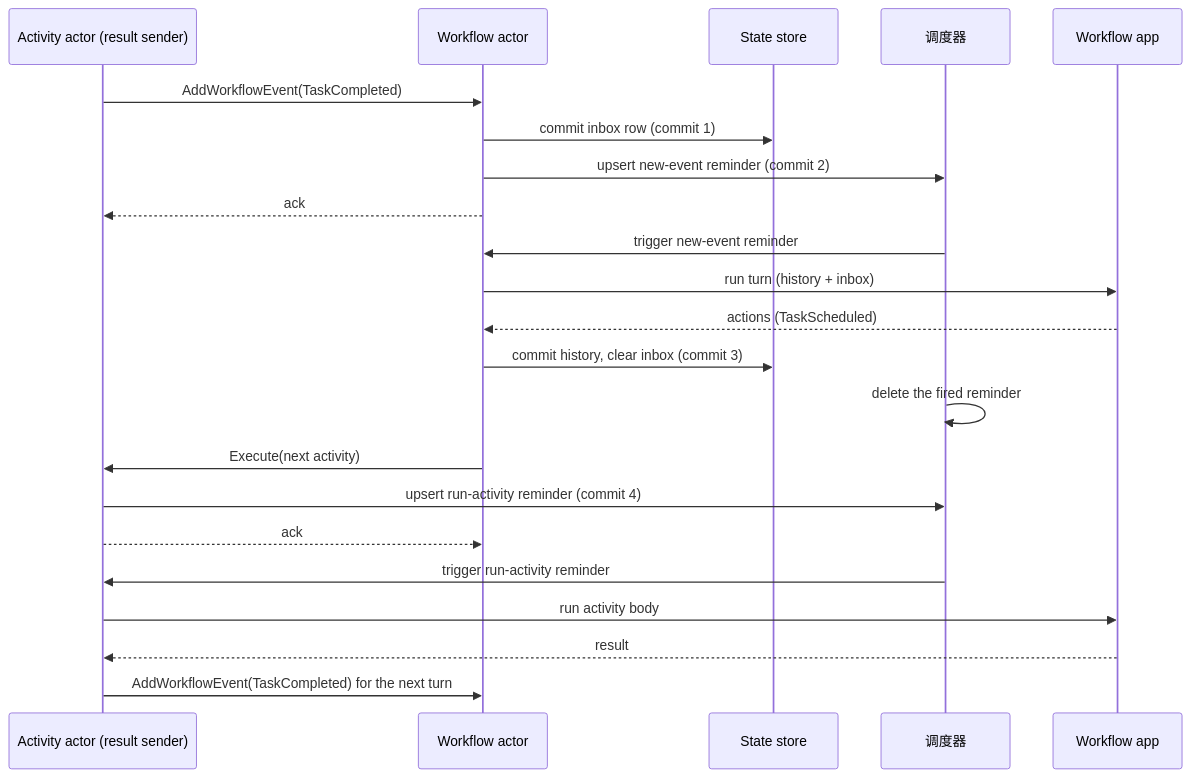
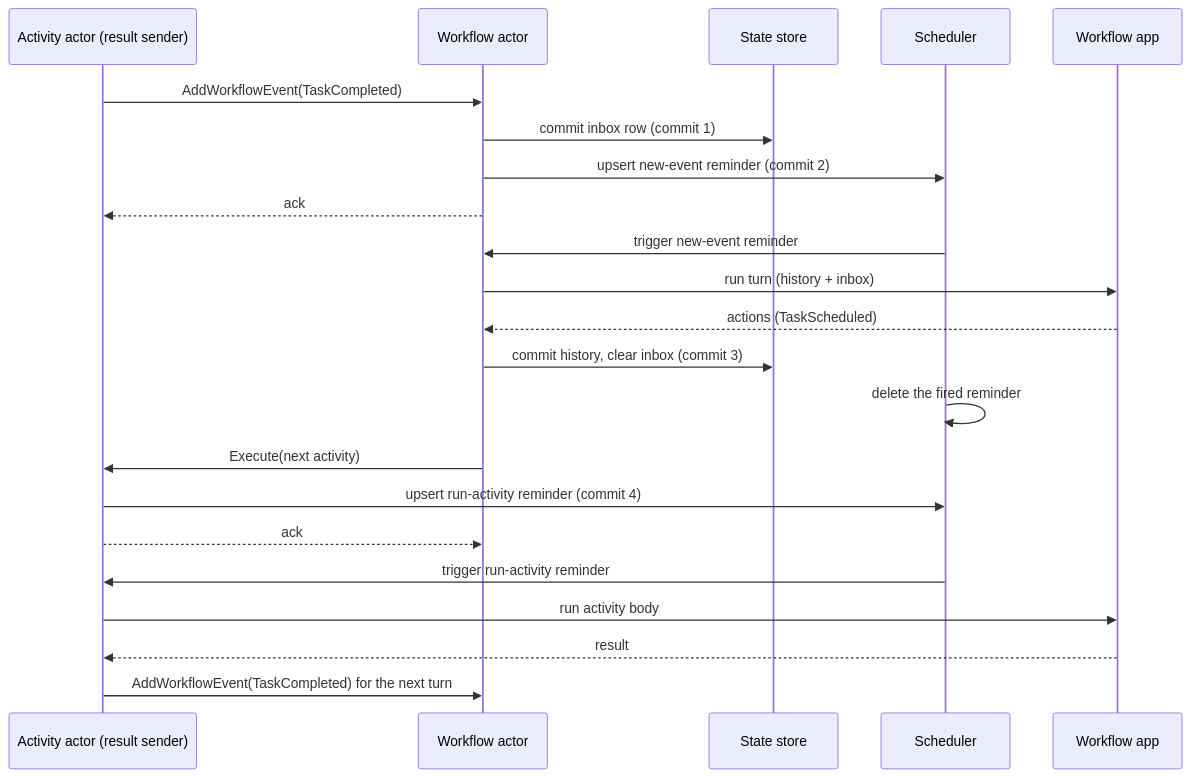
The first of 5 diagrams in translated_content/zh_CN/docs/developing-applications/building-blocks/workflow/workflow-fast-path.md (dapr/docs-zh), drawn with Mermaid before and after one commit. The commit also changed other lines of this file and 83 other files, not shown here.

```diff
--- a/translated_content/zh_CN/docs/developing-applications/building-blocks/workflow/workflow-fast-path.md
+++ b/translated_content/zh_CN/docs/developing-applications/building-blocks/workflow/workflow-fast-path.md
@@ -85,24 +85,24 @@
 {{< mermaid >}}
 sequenceDiagram
     participant A as Activity actor (result sender)
     participant W as Workflow actor
     participant S as State store
-    participant J as 调度器
+    participant J as Scheduler
     participant P as Workflow app
     A->>W: AddWorkflowEvent(TaskCompleted)
     W->>S: commit inbox row (commit 1)
     W->>J: upsert new-event reminder (commit 2)
     W-->>A: ack
     J->>W: trigger new-event reminder
     W->>P: run turn (history + inbox)
     P-->>W: actions (TaskScheduled)
     W->>S: commit history, clear inbox (commit 3)
     J->>J: delete the fired reminder
     W->>A: Execute(next activity)
     A->>J: upsert run-activity reminder (commit 4)
     A-->>W: ack
     J->>A: trigger run-activity reminder
     A->>P: run activity body
     P-->>A: result
     A->>W: AddWorkflowEvent(TaskCompleted) for the next turn
 {{< /mermaid >}}
```
